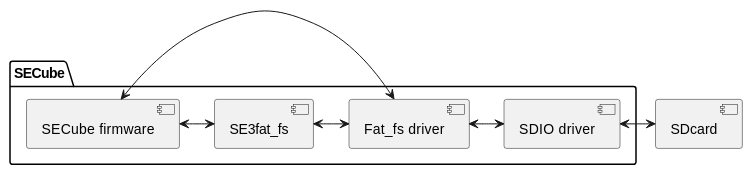
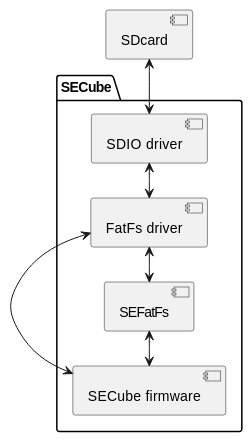
Before and after one commit to SEcube-Project/SEcube-SDK: the third of 3 diagrams in RequirementsDocument.md, drawn with PlantUML. The commit also changed other lines of this file, not shown here.

````diff
--- a/RequirementsDocument.md
+++ b/RequirementsDocument.md
@@ -154,15 +154,17 @@
 ```plantuml
+
+left to right direction
 package "SECube" {
 	[SECube firmware]
-	[Fat_fs driver]
-	[SE3fat_fs]
+	[FatFs driver]
+	[SEFatFs]
 	[SDIO driver]
 }
 
-[SECube firmware] <-> [SE3fat_fs]
-[SECube firmware] <-> [Fat_fs driver]
-[SE3fat_fs] <-> [Fat_fs driver]
-[Fat_fs driver] <-> [SDIO driver]
+[SECube firmware] <-> [SEFatFs]
+[SECube firmware] <-> [FatFs driver]
+[SEFatFs] <-> [FatFs driver]
+[FatFs driver] <-> [SDIO driver]
 
 [SDcard] <-> [SDIO driver]
 ```
````
